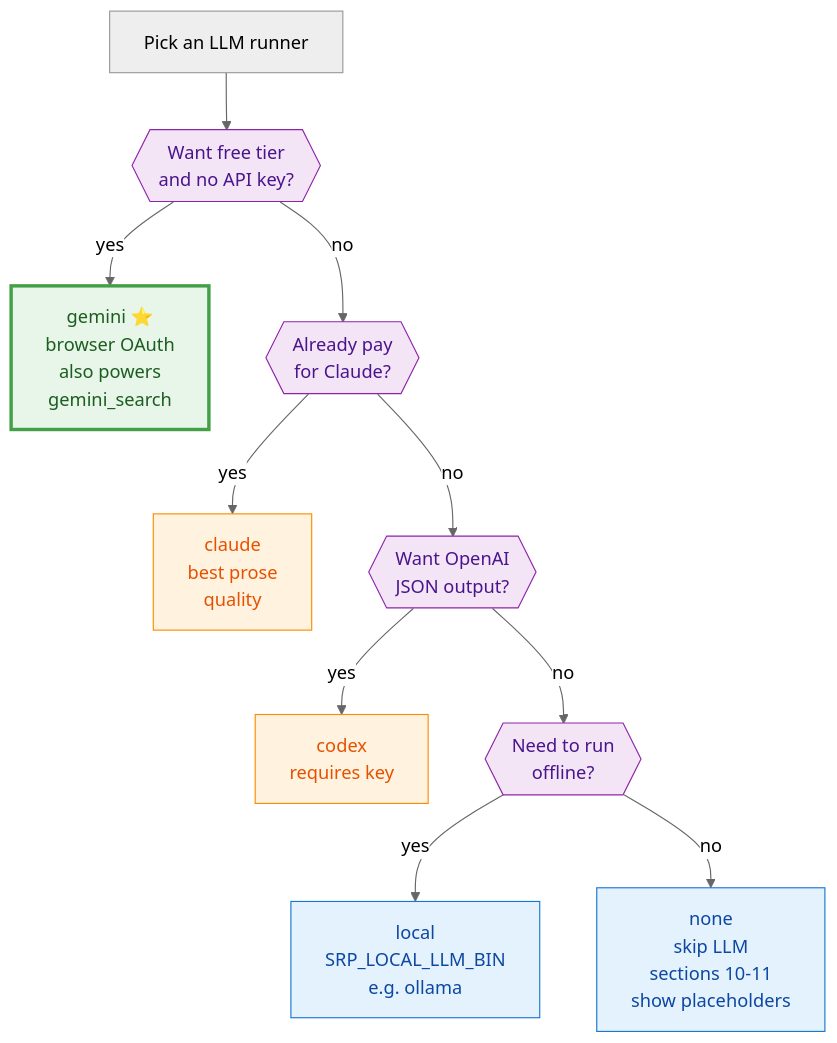
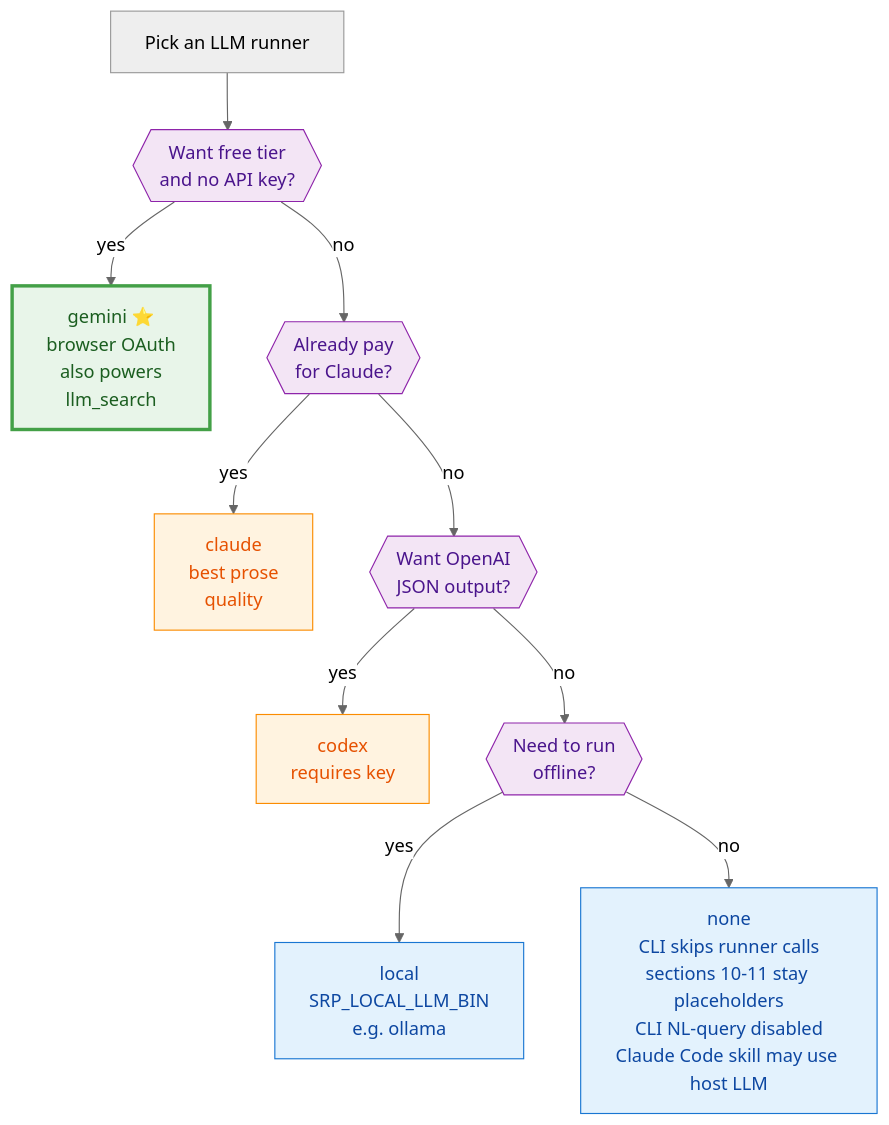
The diagram in docs/diagrams/src/runner_choice.mmd (reshinto/social-research-probe), drawn with Mermaid (neutral theme) before and after one commit. The commit also changed 108 other files, not shown here.

```diff
--- a/docs/diagrams/src/runner_choice.mmd
+++ b/docs/diagrams/src/runner_choice.mmd
@@ -1,19 +1,19 @@
 graph TD
     Q["Pick an LLM runner"] --> A{{"Want free tier<br/>and no API key?"}}
-    A -->|yes| G["gemini ⭐<br/>browser OAuth<br/>also powers<br/>gemini_search"]
+    A -->|yes| G["gemini ⭐<br/>browser OAuth<br/>also powers<br/>llm_search"]
     A -->|no| B{{"Already pay<br/>for Claude?"}}
     B -->|yes| C["claude<br/>best prose<br/>quality"]
     B -->|no| D{{"Want OpenAI<br/>JSON output?"}}
     D -->|yes| E["codex<br/>requires key"]
     D -->|no| F{{"Need to run<br/>offline?"}}
     F -->|yes| H["local<br/>SRP_LOCAL_LLM_BIN<br/>e.g. ollama"]
-    F -->|no| I["none<br/>skip LLM<br/>sections 10-11<br/>show placeholders"]
+    F -->|no| I["none<br/>CLI skips runner calls<br/>sections 10-11 stay placeholders<br/>CLI NL-query disabled<br/>Claude Code skill may use host LLM"]
 
     classDef recommended fill:#e8f5e9,stroke:#43a047,color:#1b5e20,stroke-width:3px;
     classDef paid fill:#fff3e0,stroke:#fb8c00,color:#e65100;
     classDef local fill:#e3f2fd,stroke:#1976d2,color:#0d47a1;
     classDef decide fill:#f3e5f5,stroke:#8e24aa,color:#4a148c;
     class G recommended;
     class C,E paid;
     class H,I local;
     class A,B,D,F decide;
```
